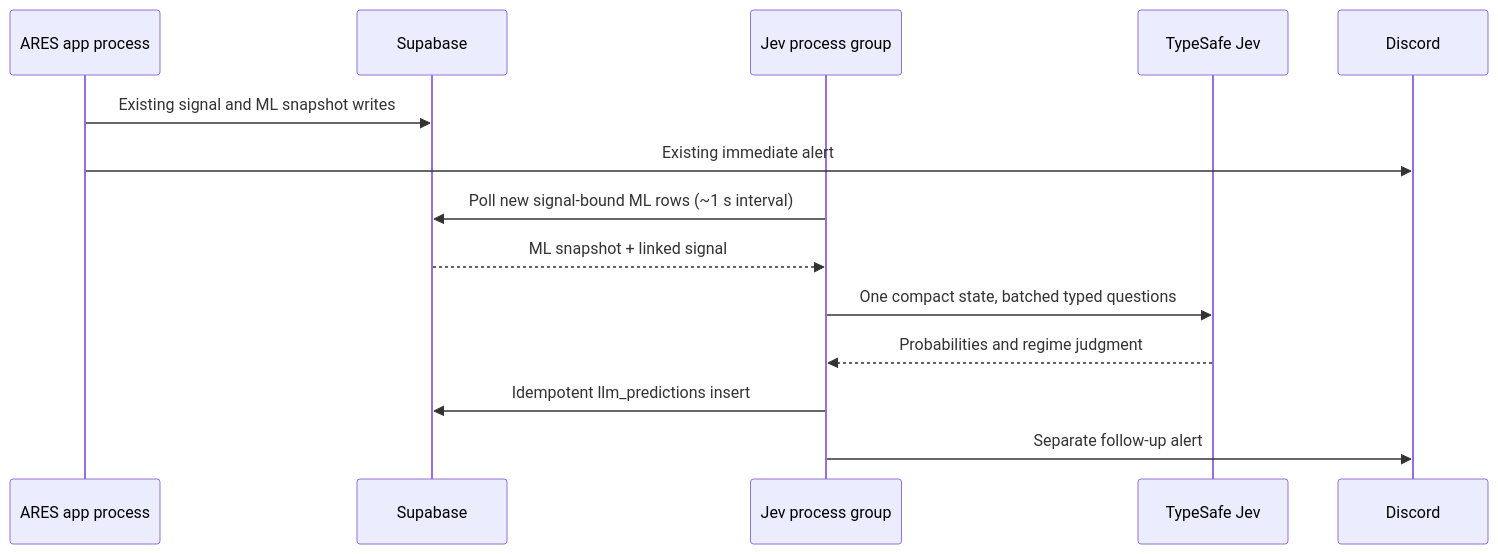
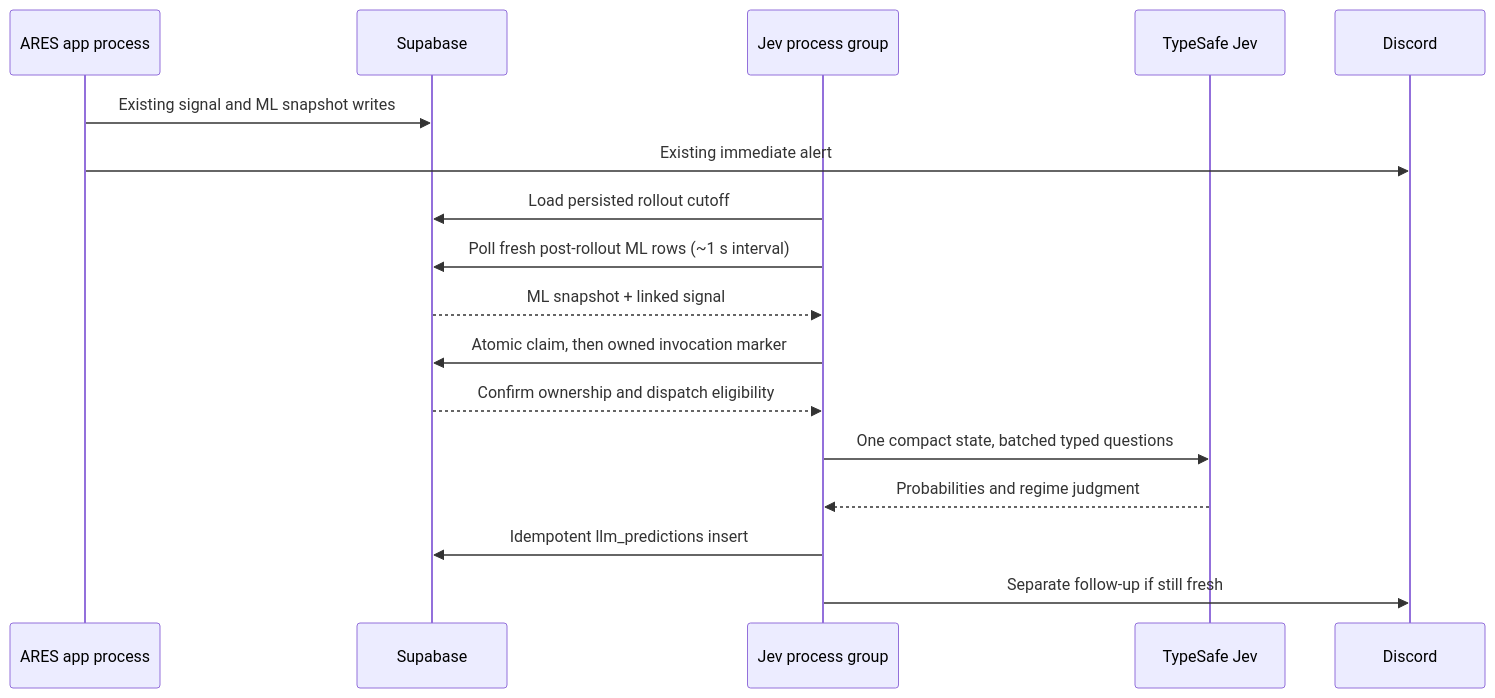
Before and after one commit to Manmade-Anyme/ARES: the diagram in reports/research/TASK-210_system-one-poc-assessment.md, drawn with Mermaid. The commit also changed other lines of this file and 1 other file, not shown here.

Commit message:
docs(TASK-210): define live rollout and inference claims

````diff
--- a/reports/research/TASK-210_system-one-poc-assessment.md
+++ b/reports/research/TASK-210_system-one-poc-assessment.md
@@ -30,16 +30,19 @@
 ```mermaid
 sequenceDiagram
   participant A as ARES app process
   participant DB as Supabase
   participant J as Jev process group
   participant T as TypeSafe Jev
   participant D as Discord
   A->>DB: Existing signal and ML snapshot writes
   A->>D: Existing immediate alert
-  J->>DB: Poll new signal-bound ML rows (~1 s interval)
+  J->>DB: Load persisted rollout cutoff
+  J->>DB: Poll fresh post-rollout ML rows (~1 s interval)
   DB-->>J: ML snapshot + linked signal
+  J->>DB: Atomic claim, then owned invocation marker
+  DB-->>J: Confirm ownership and dispatch eligibility
   J->>T: One compact state, batched typed questions
   T-->>J: Probabilities and regime judgment
   J->>DB: Idempotent llm_predictions insert
-  J->>D: Separate follow-up alert
+  J->>D: Separate follow-up if still fresh
 ```
````
